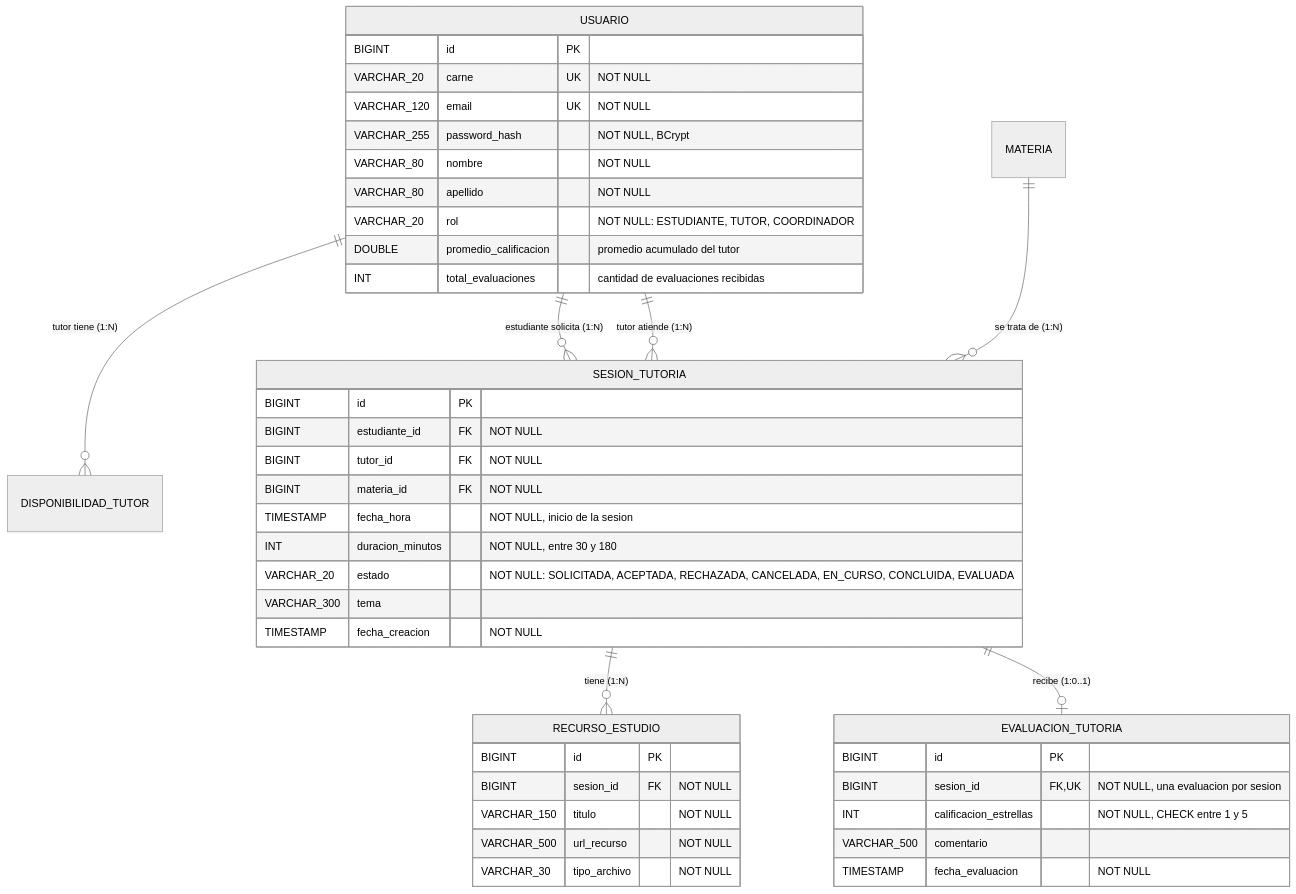
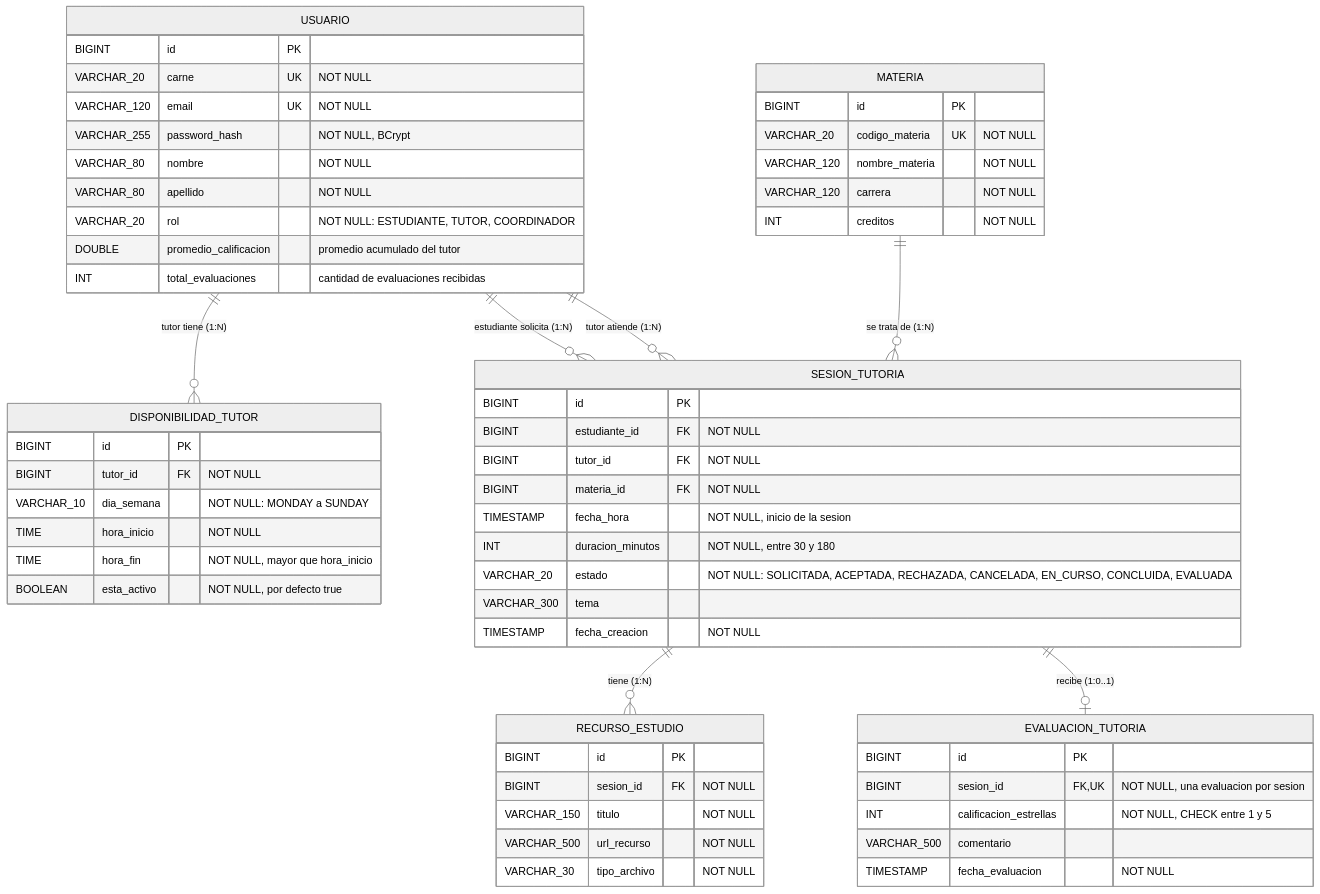
One commit to danielatames/dsw4-2026-equipo3-edumentor-backend changed the diagram in docs/erd.md. Above: the diagram before and after it, drawn with Mermaid (neutral theme). The commit also changed other lines of this file, not shown here.

Commit message:
docs: ERD completo con Materia y DisponibilidadTutor

````diff
--- a/docs/erd.md
+++ b/docs/erd.md
@@ -3,45 +3,60 @@
 ```mermaid
 erDiagram
     USUARIO {
         BIGINT id PK
         VARCHAR_20 carne UK "NOT NULL"
         VARCHAR_120 email UK "NOT NULL"
         VARCHAR_255 password_hash "NOT NULL, BCrypt"
         VARCHAR_80 nombre "NOT NULL"
         VARCHAR_80 apellido "NOT NULL"
         VARCHAR_20 rol "NOT NULL: ESTUDIANTE, TUTOR, COORDINADOR"
         DOUBLE promedio_calificacion "promedio acumulado del tutor"
         INT total_evaluaciones "cantidad de evaluaciones recibidas"
+    }
+    MATERIA {
+        BIGINT id PK
+        VARCHAR_20 codigo_materia UK "NOT NULL"
+        VARCHAR_120 nombre_materia "NOT NULL"
+        VARCHAR_120 carrera "NOT NULL"
+        INT creditos "NOT NULL"
+    }
+    DISPONIBILIDAD_TUTOR {
+        BIGINT id PK
+        BIGINT tutor_id FK "NOT NULL"
+        VARCHAR_10 dia_semana "NOT NULL: MONDAY a SUNDAY"
+        TIME hora_inicio "NOT NULL"
+        TIME hora_fin "NOT NULL, mayor que hora_inicio"
+        BOOLEAN esta_activo "NOT NULL, por defecto true"
     }
     SESION_TUTORIA {
         BIGINT id PK
         BIGINT estudiante_id FK "NOT NULL"
         BIGINT tutor_id FK "NOT NULL"
         BIGINT materia_id FK "NOT NULL"
         TIMESTAMP fecha_hora "NOT NULL, inicio de la sesion"
         INT duracion_minutos "NOT NULL, entre 30 y 180"
         VARCHAR_20 estado "NOT NULL: SOLICITADA, ACEPTADA, RECHAZADA, CANCELADA, EN_CURSO, CONCLUIDA, EVALUADA"
         VARCHAR_300 tema
         TIMESTAMP fecha_creacion "NOT NULL"
     }
     RECURSO_ESTUDIO {
         BIGINT id PK
         BIGINT sesion_id FK "NOT NULL"
         VARCHAR_150 titulo "NOT NULL"
         VARCHAR_500 url_recurso "NOT NULL"
         VARCHAR_30 tipo_archivo "NOT NULL"
     }
     EVALUACION_TUTORIA {
         BIGINT id PK
         BIGINT sesion_id FK,UK "NOT NULL, una evaluacion por sesion"
         INT calificacion_estrellas "NOT NULL, CHECK entre 1 y 5"
         VARCHAR_500 comentario
         TIMESTAMP fecha_evaluacion "NOT NULL"
     }
     USUARIO ||--o{ DISPONIBILIDAD_TUTOR : "tutor tiene (1:N)"
     USUARIO ||--o{ SESION_TUTORIA : "estudiante solicita (1:N)"
     USUARIO ||--o{ SESION_TUTORIA : "tutor atiende (1:N)"
     MATERIA ||--o{ SESION_TUTORIA : "se trata de (1:N)"
     SESION_TUTORIA ||--o{ RECURSO_ESTUDIO : "tiene (1:N)"
     SESION_TUTORIA ||--o| EVALUACION_TUTORIA : "recibe (1:0..1)"
 ```
````
